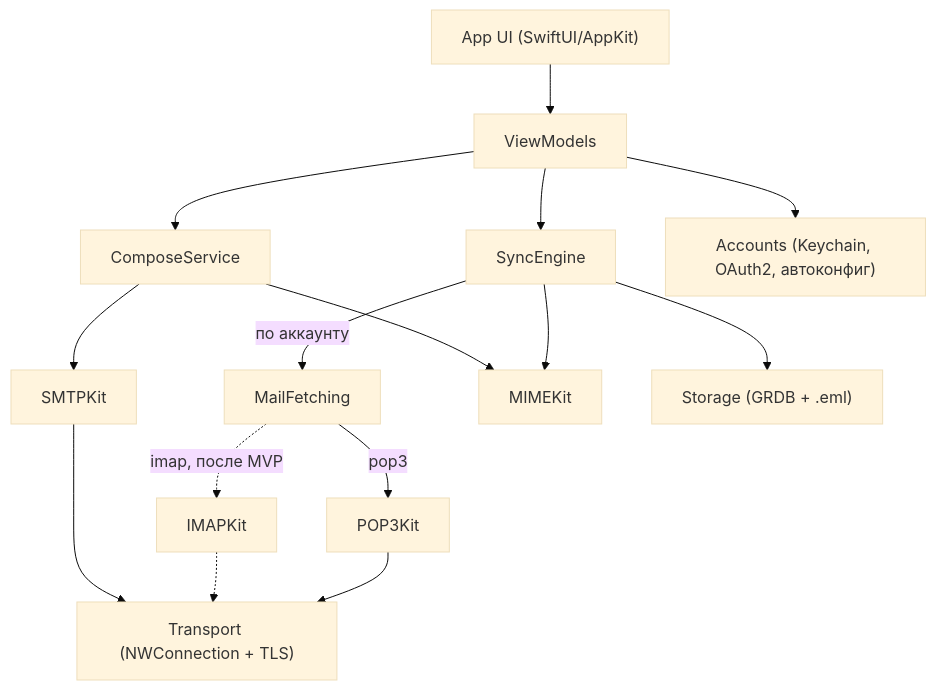
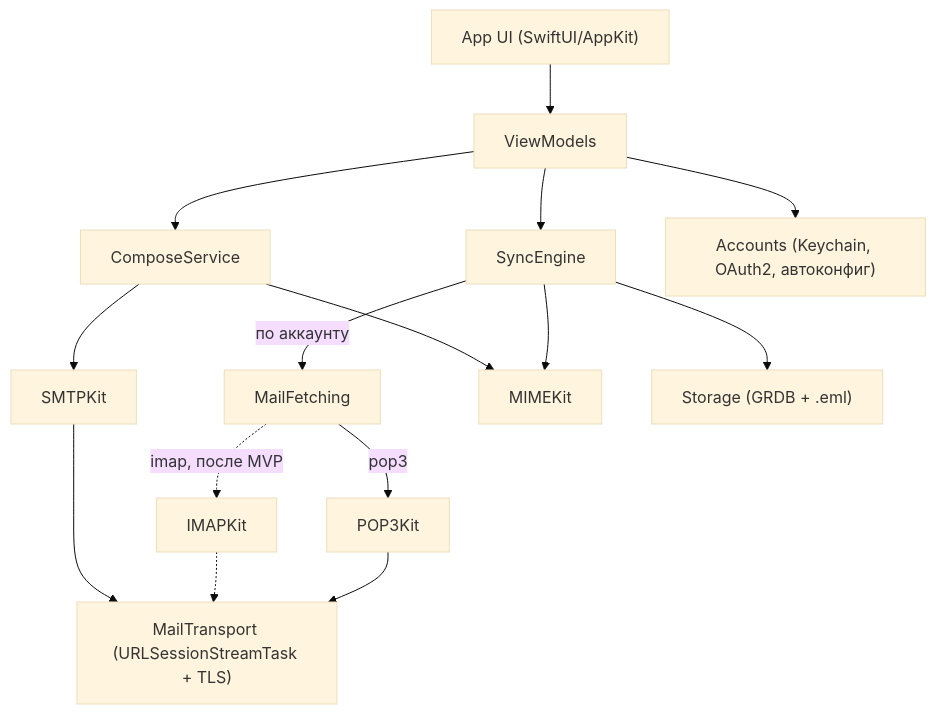
Before and after one commit to Vladimir-Etherlord/vermail: the diagram in .cursor/plans/pop3_client_macos.plan.md, drawn with Mermaid (base theme). The commit also changed other lines of this file and 11 other files, not shown here.

Commit message:
Add MailTransport stream connection with SSL, STARTTLS and certificate validation; refresh README

````diff
--- a/.cursor/plans/pop3_client_macos.plan.md
+++ b/.cursor/plans/pop3_client_macos.plan.md
@@ -88,17 +88,17 @@
 ```mermaid
 flowchart TD
     UI["App UI (SwiftUI/AppKit)"] --> VM[ViewModels]
     VM --> Sync[SyncEngine]
     VM --> Compose[ComposeService]
     Sync -->|"по аккаунту"| FetchProto["MailFetching"]
     FetchProto -->|"pop3"| POP3Kit
     FetchProto -.->|"imap, после MVP"| IMAPKit
     Compose --> SMTPKit
-    POP3Kit --> Transport["Transport (NWConnection + TLS)"]
+    POP3Kit --> Transport["MailTransport (URLSessionStreamTask + TLS)"]
     IMAPKit -.-> Transport
     SMTPKit --> Transport
     Sync --> MIMEKit
     Compose --> MIMEKit
     Sync --> Storage["Storage (GRDB + .eml)"]
     VM --> Accounts["Accounts (Keychain, OAuth2, автоконфиг)"]
 ```
````
